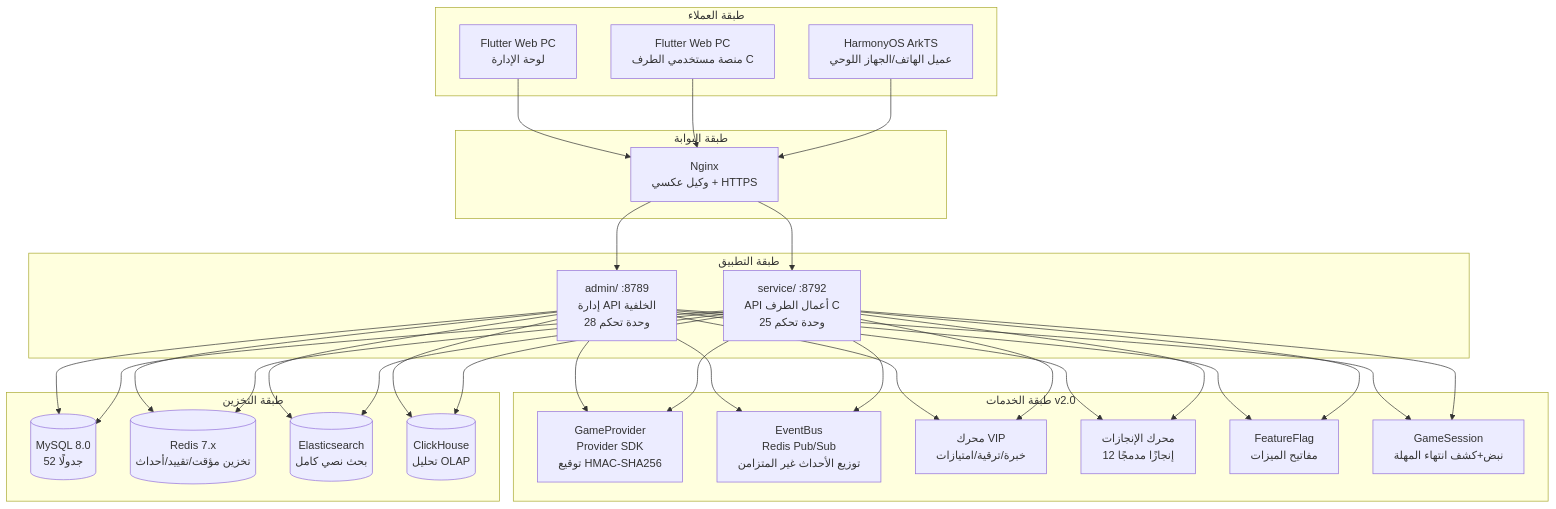
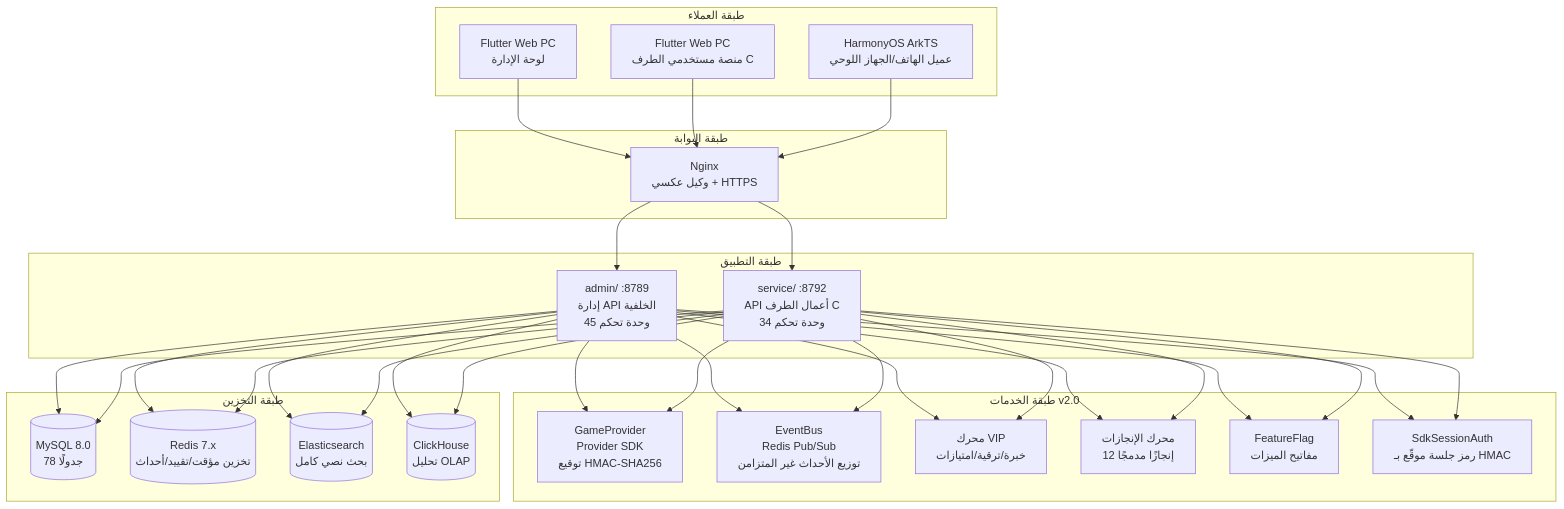
The diagram in admin/docs/diagrams/01-system-architecture.ar.md (erikwang2013/game-platform-php), drawn with Mermaid before and after one commit. The commit also changed 511 other files, not shown here.

````diff
--- a/admin/docs/diagrams/01-system-architecture.ar.md
+++ b/admin/docs/diagrams/01-system-architecture.ar.md
@@ -7,38 +7,38 @@
 ```mermaid
 flowchart TB
     subgraph "طبقة العملاء"
         A1["Flutter Web PC<br/>لوحة الإدارة"]
         A2["Flutter Web PC<br/>منصة مستخدمي الطرف C"]
         A3["HarmonyOS ArkTS<br/>عميل الهاتف/الجهاز اللوحي"]
     end
 
     subgraph "طبقة البوابة"
         B1["Nginx<br/>وكيل عكسي + HTTPS"]
     end
 
     subgraph "طبقة التطبيق"
-        C1["admin/ :8789<br/>إدارة API الخلفية<br/>28 وحدة تحكم"]
-        C2["service/ :8792<br/>API أعمال الطرف C<br/>25 وحدة تحكم"]
+        C1["admin/ :8789<br/>إدارة API الخلفية<br/>45 وحدة تحكم"]
+        C2["service/ :8792<br/>API أعمال الطرف C<br/>34 وحدة تحكم"]
     end
 
     subgraph "طبقة الخدمات v2.0"
         D1["GameProvider<br/>Provider SDK<br/>توقيع HMAC-SHA256"]
         D2["EventBus<br/>Redis Pub/Sub<br/>توزيع الأحداث غير المتزامن"]
         D3["محرك VIP<br/>خبرة/ترقية/امتيازات"]
         D4["محرك الإنجازات<br/>12 إنجازًا مدمجًا"]
         D5["FeatureFlag<br/>مفاتيح الميزات"]
-        D6["GameSession<br/>نبض+كشف انتهاء المهلة"]
+        D6["SdkSessionAuth<br/>رمز جلسة موقّع بـ HMAC"]
     end
 
     subgraph "طبقة التخزين"
-        E1[("MySQL 8.0<br/>52 جدولًا")]
+        E1[("MySQL 8.0<br/>78 جدولًا")]
         E2[("Redis 7.x<br/>تخزين مؤقت/تقييد/أحداث")]
         E3[("Elasticsearch<br/>بحث نصي كامل")]
         E4[("ClickHouse<br/>تحليل OLAP")]
     end
 
     A1 & A2 & A3 --> B1
     B1 --> C1 & C2
     C1 & C2 --> D1 & D2 & D3 & D4 & D5 & D6
     C1 & C2 --> E1 & E2 & E3 & E4
 ```
````
